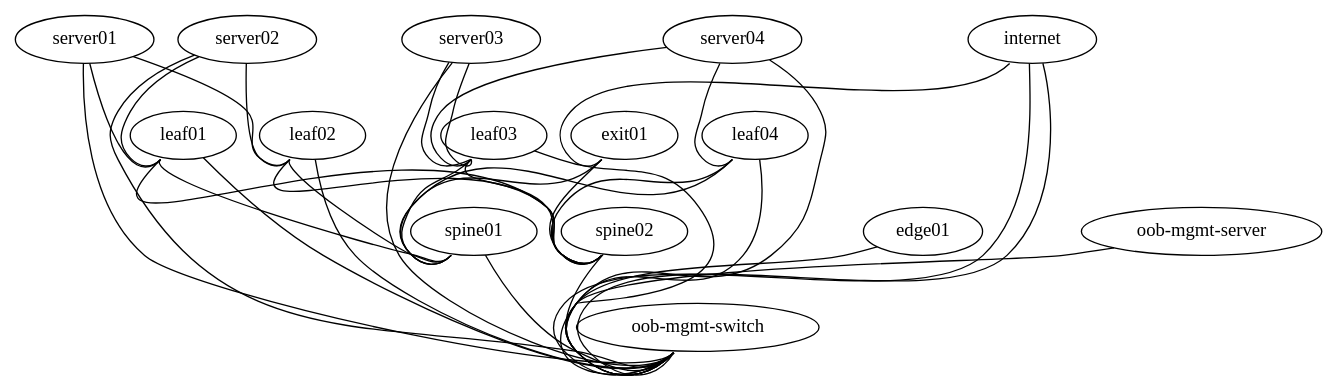
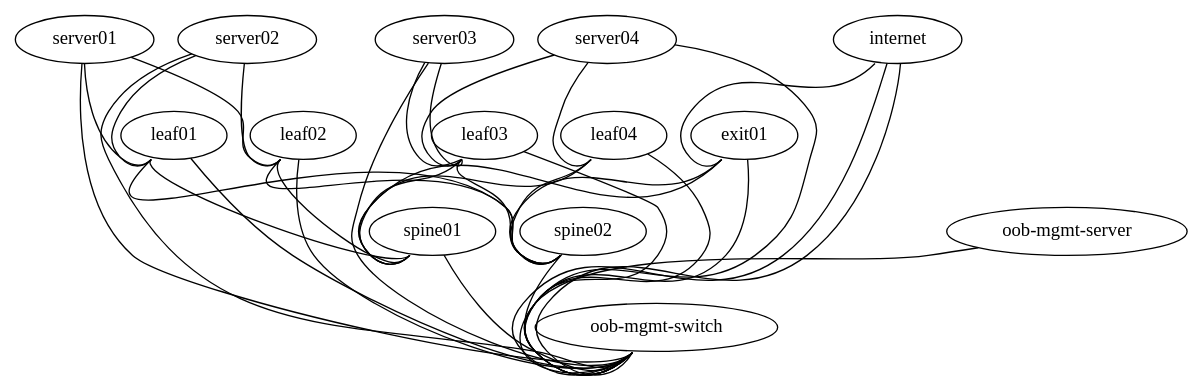
Before and after one commit to laquiante/OpenNetworking-004: the diagram in topology.dot, drawn with Graphviz.

```diff
--- a/topology.dot
+++ b/topology.dot
@@ -1,70 +1,70 @@
 graph vx {
 
  "spine01" [function="spine" os="CumulusCommunity/cumulus-vx" version="3.7.11" memory="768" config="./helper_scripts/config_switch.sh" ]
  "leaf01" [function="leaf" os="CumulusCommunity/cumulus-vx" version="3.7.11" memory="768" config="./helper_scripts/config_switch.sh" ]
  "leaf02" [function="leaf" os="CumulusCommunity/cumulus-vx" version="3.7.11" memory="768" config="./helper_scripts/config_switch.sh" ]
 
  "spine02" [function="spine" os="CumulusCommunity/cumulus-vx" version="3.7.11" memory="768" config="./helper_scripts/config_switch.sh" ]
  "leaf03" [function="leaf" os="CumulusCommunity/cumulus-vx" version="3.7.11" memory="768" config="./helper_scripts/config_switch.sh" ]
  "leaf04" [function="leaf" os="CumulusCommunity/cumulus-vx" version="3.7.11" memory="768" config="./helper_scripts/config_switch.sh" ]
 
  "server01" [function="host" os="yk0/ubuntu-xenial" memory="512" config="./helper_scripts/config_server.sh" ]
  "server02" [function="host" os="yk0/ubuntu-xenial" memory="512" config="./helper_scripts/config_server.sh" ]
  "server03" [function="host" os="yk0/ubuntu-xenial" memory="512" config="./helper_scripts/config_server.sh" ]
  "server04" [function="host" os="yk0/ubuntu-xenial" memory="512" config="./helper_scripts/config_server.sh" ]
 
- "edge01" [function="host" os="yk0/ubuntu-xenial" memory="768" config="./helper_scripts/config_server.sh" ]
+ "exit01" [function="exit" os="CumulusCommunity/cumulus-vx" version="3.7.11" memory="768" config="./helper_scripts/config_switch.sh" ]
  "internet" [function="internet" vagrant="swp48" os="CumulusCommunity/cumulus-vx" version="3.7.11" memory="768" config="./helper_scripts/config_internet.sh" ]
 
  "oob-mgmt-switch" [function="oob-switch" vagrant="eth0" os="CumulusCommunity/cumulus-vx" version="3.7.11" memory="768" config="./helper_scripts/config_oob_switch.sh" ]
  "oob-mgmt-server" [function="oob-server" vagrant="eth0" os="CumulusCommunity/vx_oob_server" version="1.0.4" memory="1024" config="./helper_scripts/config_oob_server.sh" ]
 
  "leaf01":"swp51" -- "spine01":"swp1"
  "leaf01":"swp52" -- "spine02":"swp1"
  
  "server01":"eth1" -- "leaf01":"swp1" [left_mac="00:00:01:11:11:01"]
  "server01":"eth2" -- "leaf02":"swp1" [left_mac="00:00:01:11:11:02"]
 
  "leaf02":"swp51" -- "spine01":"swp2"
  "leaf02":"swp52" -- "spine02":"swp2"
  
  "server02":"eth1" -- "leaf01":"swp2" [left_mac="00:00:01:11:11:03"]
  "server02":"eth2" -- "leaf02":"swp2" [left_mac="00:00:01:11:11:04"]
 
  "leaf03":"swp51" -- "spine01":"swp3"
  "leaf03":"swp52" -- "spine02":"swp3"
  
  "server03":"eth1" -- "leaf03":"swp1" [left_mac="00:00:01:11:11:05"]
  "server03":"eth2" -- "leaf03":"swp1" [left_mac="00:00:01:11:11:06"]
  
  "leaf04":"swp51" -- "spine01":"swp4"
  "leaf04":"swp52" -- "spine02":"swp4"
 
  "server04":"eth1" -- "leaf03":"swp2" [left_mac="00:00:01:11:11:07"]
  "server04":"eth2" -- "leaf04":"swp2" [left_mac="00:00:01:11:11:08"]
  
  "oob-mgmt-server":"eth1" -- "oob-mgmt-switch":"swp1" [right_mac="a0:00:00:00:00:61"]
 
  "server01":"eth0" -- "oob-mgmt-switch":"swp2" [left_mac="a0:00:00:00:00:31"]
  "server02":"eth0" -- "oob-mgmt-switch":"swp3" [left_mac="a0:00:00:00:00:32"]
  "server03":"eth0" -- "oob-mgmt-switch":"swp4" [left_mac="a0:00:00:00:00:33"]
  "server04":"eth0" -- "oob-mgmt-switch":"swp5" [left_mac="a0:00:00:00:00:34"]
  
  "internet":"eth0" -- "oob-mgmt-switch":"swp6" [left_mac="a0:00:00:00:00:35"]
  
  "exit01":"swp51" -- "spine01":"swp10"
  "exit01":"swp52" -- "spine02":"swp10"
  "internet":"swp1" -- "exit01":"swp11"
 
  "leaf01":"eth0" -- "oob-mgmt-switch":"swp7" [left_mac="a0:00:00:00:00:11"]
  "leaf02":"eth0" -- "oob-mgmt-switch":"swp8" [left_mac="a0:00:00:00:00:12"]
  "leaf03":"eth0" -- "oob-mgmt-switch":"swp9" [left_mac="a0:00:00:00:00:13"]
  "leaf04":"eth0" -- "oob-mgmt-switch":"swp10" [left_mac="a0:00:00:00:00:14"]
  
- "edge01":"eth0" -- "oob-mgmt-switch":"swp14" [left_mac="a0:00:00:00:00:51"]
+ "exit01":"eth0" -- "oob-mgmt-switch":"swp14" [left_mac="a0:00:00:00:00:41"]
  "internet":"eth0" -- "oob-mgmt-switch":"swp15" [left_mac="a0:00:00:00:00:50"]
  
  
  "spine01":"eth0" -- "oob-mgmt-switch":"swp12" [left_mac="a0:00:00:00:00:21"]
  "spine02":"eth0" -- "oob-mgmt-switch":"swp13" [left_mac="a0:00:00:00:00:22"]
 }
```
